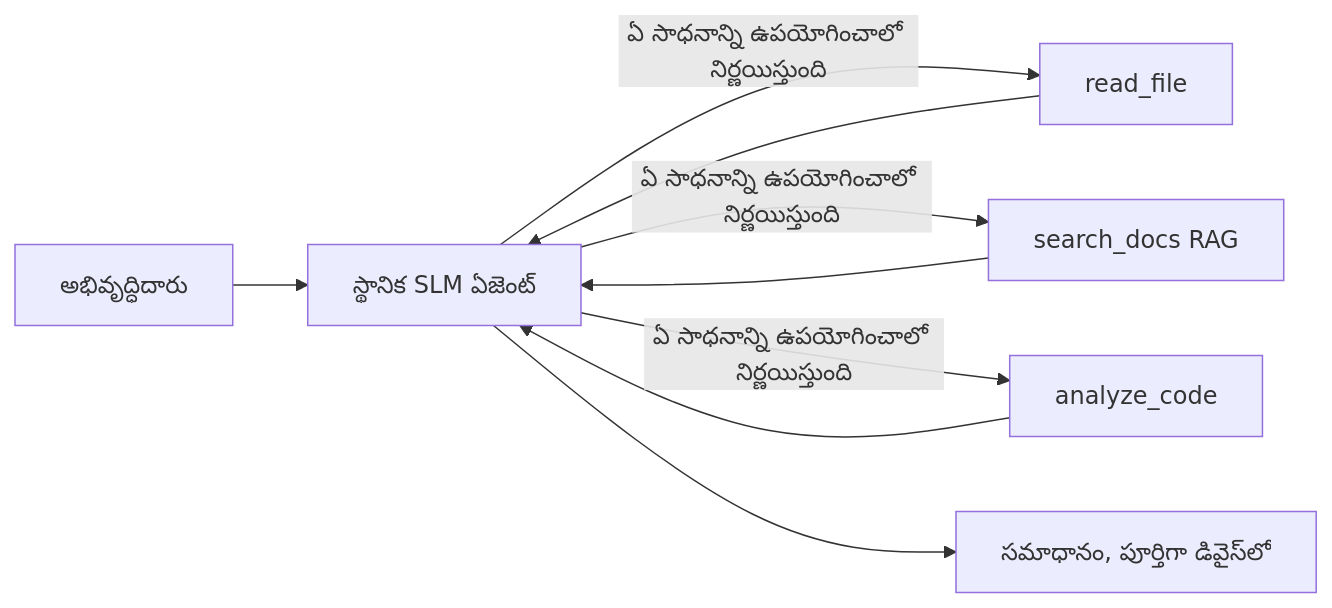
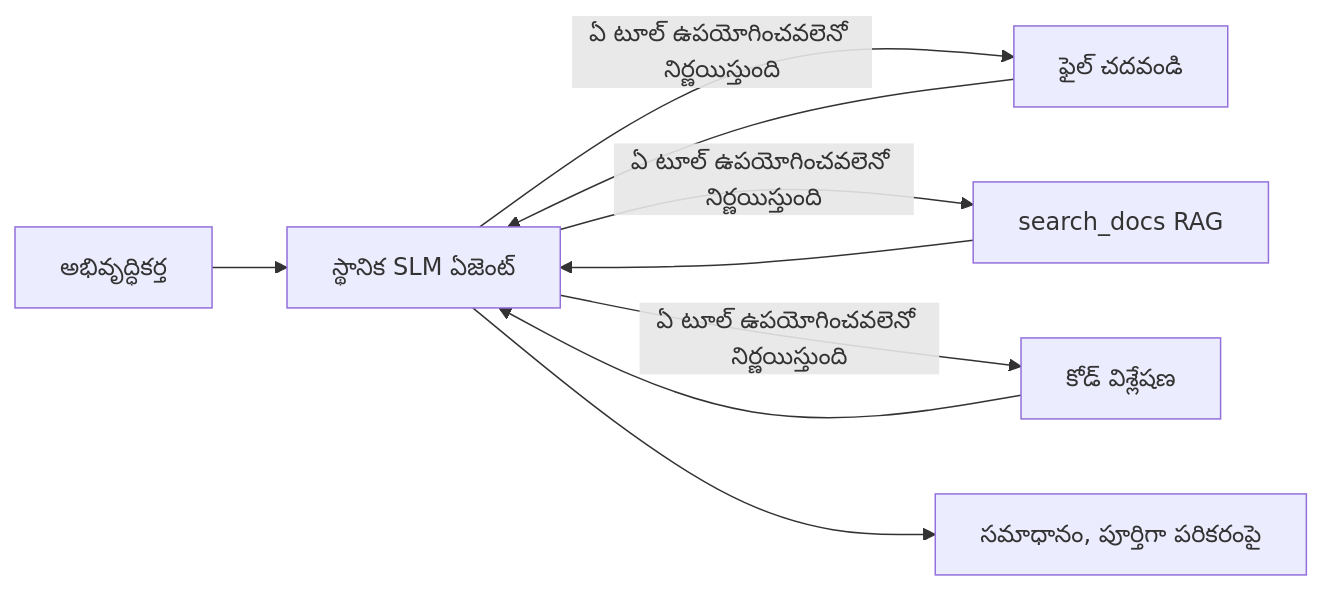
One commit to microsoft/ai-agents-for-beginners changed the first of 4 diagrams in translations/te/17-creating-local-ai-agents/README.md. Above: the diagram before and after it, drawn with Mermaid. The commit also changed other lines of this file and 43 other files, not shown here.

````diff
--- a/translations/te/17-creating-local-ai-agents/README.md
+++ b/translations/te/17-creating-local-ai-agents/README.md
@@ -66,11 +66,11 @@
 ```mermaid
 flowchart LR
-    U[అభివృద్ధిదారు] --> A[స్థానిక SLM ఏజెంట్]
-    A -->|ఏ సాధనాన్ని ఉపయోగించాలో నిర్ణయిస్తుంది| T1[read_file]
-    A -->|ఏ సాధనాన్ని ఉపయోగించాలో నిర్ణయిస్తుంది| T2[search_docs RAG]
-    A -->|ఏ సాధనాన్ని ఉపయోగించాలో నిర్ణయిస్తుంది| T3[analyze_code]
+    U[అభివృద్ధికర్త] --> A[స్థానిక SLM ఏజెంట్]
+    A -->|ఏ టూల్ ఉపయోగించవలెనో నిర్ణయిస్తుంది| T1[ఫైల్ చదవండి]
+    A -->|ఏ టూల్ ఉపయోగించవలెనో నిర్ణయిస్తుంది| T2[search_docs RAG]
+    A -->|ఏ టూల్ ఉపయోగించవలెనో నిర్ణయిస్తుంది| T3[కోడ్ విశ్లేషణ]
     T1 --> A
     T2 --> A
     T3 --> A
-    A --> R[సమాధానం, పూర్తిగా డివైస్‌లో]
+    A --> R[సమాధానం, పూర్తిగా పరికరంపై]
 ```
````
